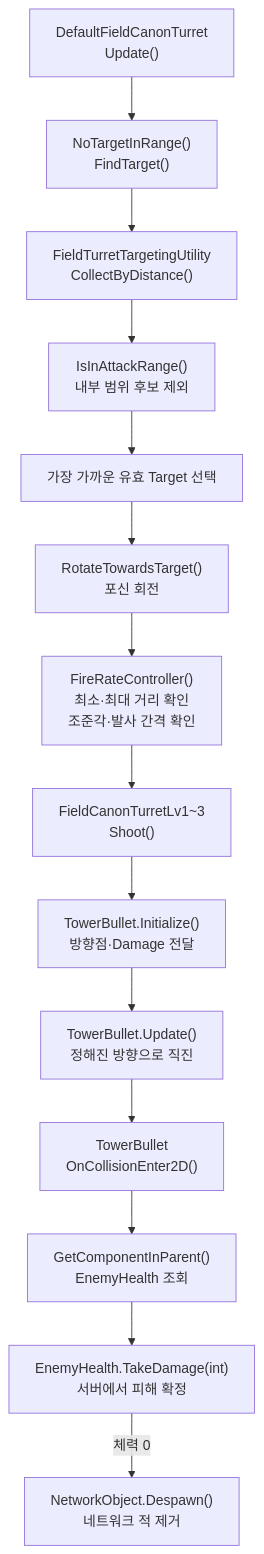
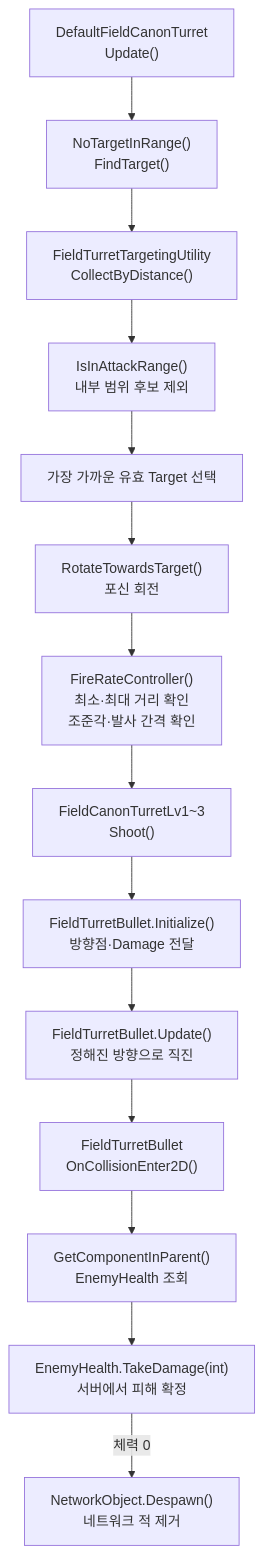
One commit to Team-HJD-21/unity-6-the-developer changed the ninth of 17 diagrams in Docs/architecture/turret-system-guide.md. Above: the diagram before and after it, drawn with Mermaid. The commit also changed other lines of this file and 12 other files, not shown here.

````diff
--- a/Docs/architecture/turret-system-guide.md
+++ b/Docs/architecture/turret-system-guide.md
@@ -427,16 +427,16 @@
 ```mermaid
 flowchart TD
     Update["DefaultFieldCanonTurret<br>Update()"] --> Search["NoTargetInRange()<br>FindTarget()"]
     Search --> Collect["FieldTurretTargetingUtility<br>CollectByDistance()"]
     Collect --> RangeCheck["IsInAttackRange()<br>내부 범위 후보 제외"]
     RangeCheck --> Target["가장 가까운 유효 Target 선택"]
     Target --> Rotate["RotateTowardsTarget()<br>포신 회전"]
     Rotate --> Fire["FireRateController()<br>최소·최대 거리 확인<br>조준각·발사 간격 확인"]
     Fire --> Shoot["FieldCanonTurretLv1~3<br>Shoot()"]
-    Shoot --> Init["TowerBullet.Initialize()<br>방향점·Damage 전달"]
-    Init --> Move["TowerBullet.Update()<br>정해진 방향으로 직진"]
-    Move --> Collision["TowerBullet<br>OnCollisionEnter2D()"]
+    Shoot --> Init["FieldTurretBullet.Initialize()<br>방향점·Damage 전달"]
+    Init --> Move["FieldTurretBullet.Update()<br>정해진 방향으로 직진"]
+    Move --> Collision["FieldTurretBullet<br>OnCollisionEnter2D()"]
     Collision --> Health["GetComponentInParent()<br>EnemyHealth 조회"]
     Health --> Damage["EnemyHealth.TakeDamage(int)<br>서버에서 피해 확정"]
     Damage -->|체력 0| Die["NetworkObject.Despawn()<br>네트워크 적 제거"]
 ```
````
